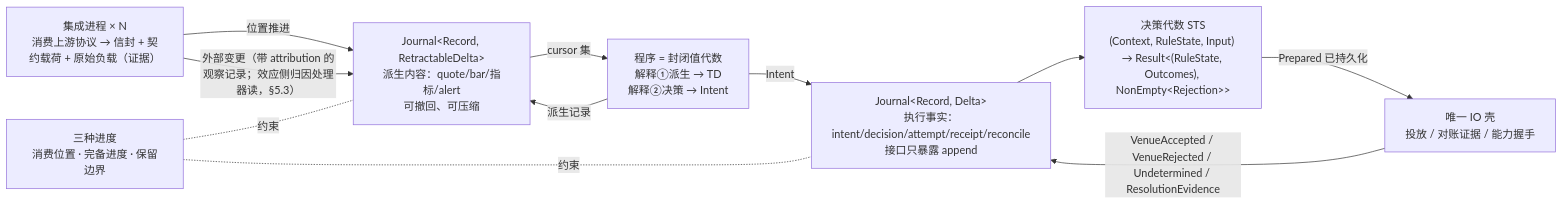
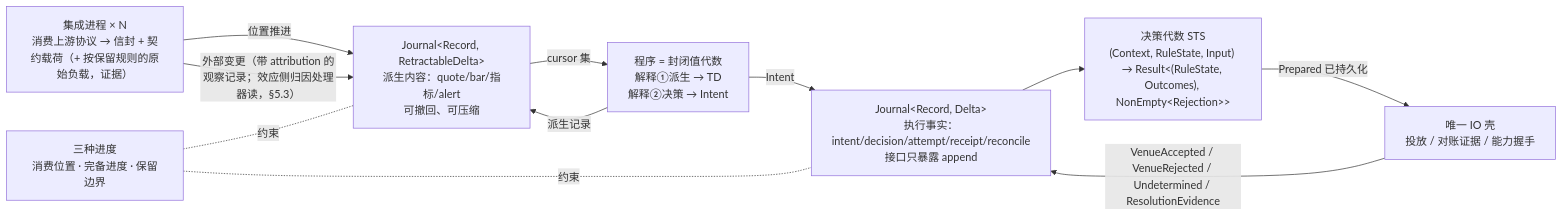
One commit to mouriya-s-lab/uta changed the diagram in design/core/00-reading-guide.md. Above: the diagram before and after it, drawn with Mermaid. The commit also changed 15 other files, not shown here.

````diff
--- a/design/core/00-reading-guide.md
+++ b/design/core/00-reading-guide.md
@@ -52,20 +52,20 @@
 ```mermaid
 flowchart LR
-  INT["集成进程 × N<br/>消费上游协议 → 信封 + 契约载荷 + 原始负载（证据）"]
+  INT["集成进程 × N<br/>消费上游协议 → 信封 + 契约载荷（+ 按保留规则的原始负载，证据）"]
   TD["Journal&lt;Record, RetractableDelta&gt;<br/>派生内容：quote/bar/指标/alert<br/>可撤回、可压缩"]
   TE["Journal&lt;Record, Delta&gt;<br/>执行事实：intent/decision/attempt/receipt/reconcile<br/>接口只暴露 append"]
   STS["决策代数 STS<br/>(Context, RuleState, Input) → Result&lt;(RuleState, Outcomes), NonEmpty&lt;Rejection&gt;&gt;"]
   PROG["程序 = 封闭值代数<br/>解释①派生 → TD<br/>解释②决策 → Intent"]
   IO["唯一 IO 壳<br/>投放 / 对账证据 / 能力握手"]
   FR["三种进度<br/>消费位置 · 完备进度 · 保留边界"]
   INT -->|位置推进| TD
   TD -->|cursor 集| PROG
   PROG -->|派生记录| TD
   PROG -->|Intent| TE
   TE --> STS
   STS -->|Prepared 已持久化| IO
   IO -->|VenueAccepted / VenueRejected / Undetermined / ResolutionEvidence| TE
   INT -->|外部变更（带 attribution 的观察记录；效应侧归因处理器读，§5.3）| TD
   FR -.约束.- TD
   FR -.约束.- TE
 ```
````
